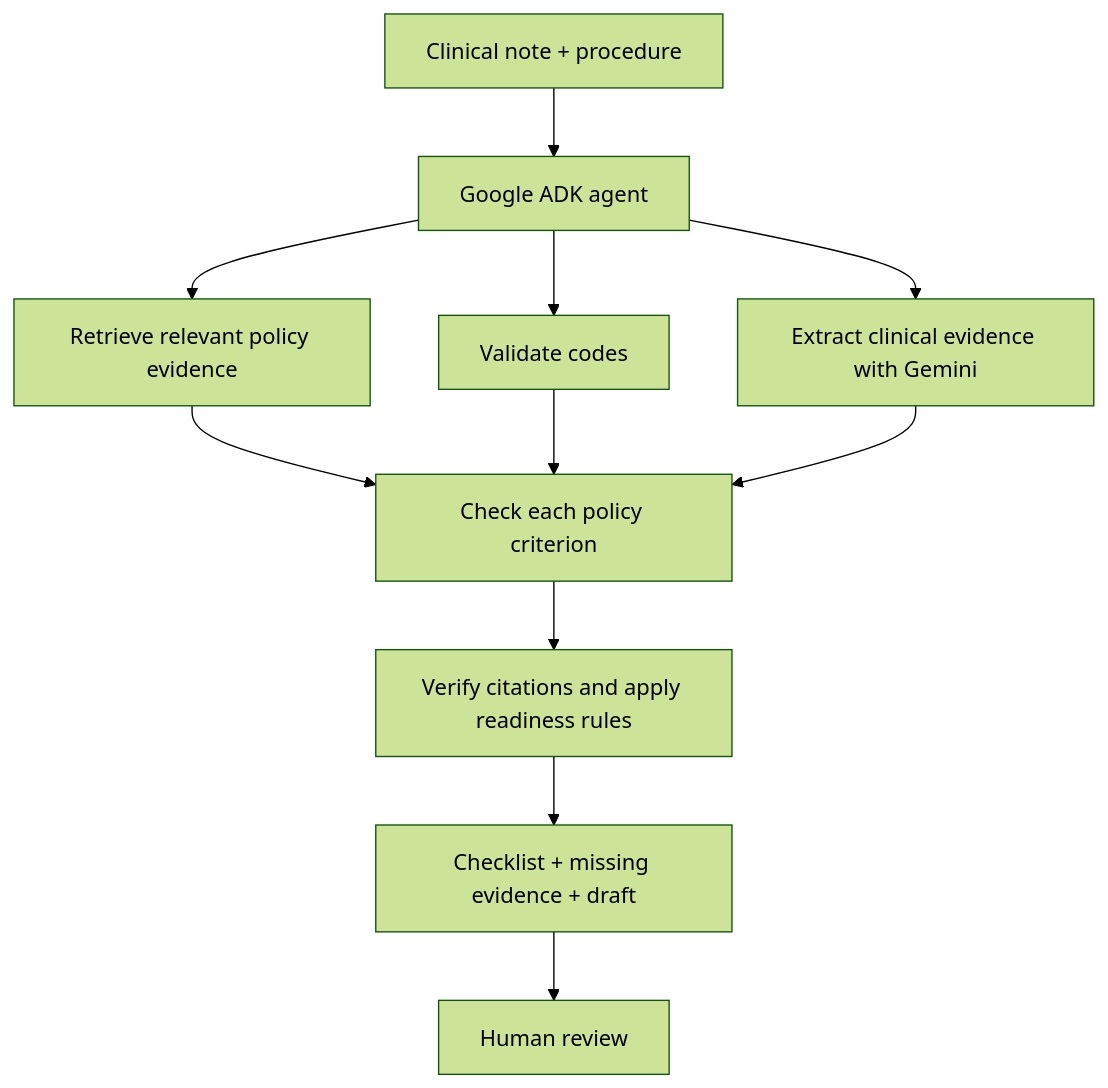
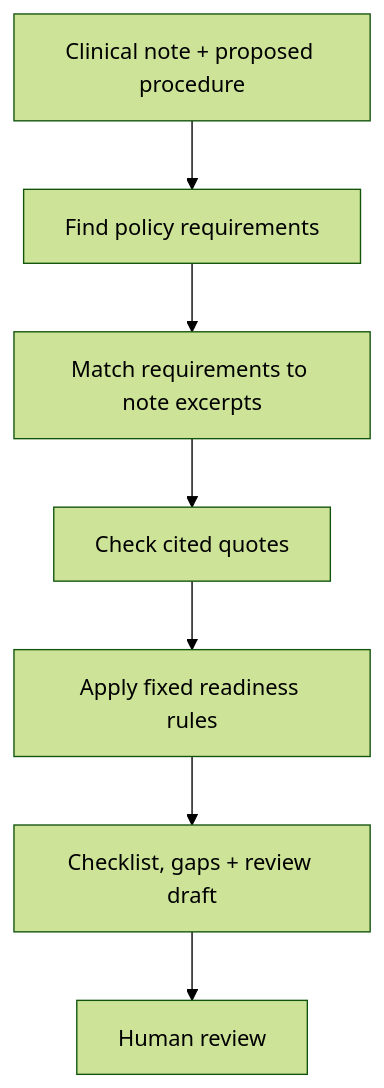
One commit to anumsagheer01/priorauth-agent changed the diagram in README.md. Above: the diagram before and after it, drawn with Mermaid (forest theme). The commit also changed other lines of this file, not shown here.

````diff
--- a/README.md
+++ b/README.md
@@ -21,13 +42,9 @@
 ```mermaid
 flowchart TD
-    A[Clinical note + procedure] --> B[Google ADK agent]
-    B --> C[Retrieve relevant policy evidence]
-    B --> D[Validate codes]
-    B --> E[Extract clinical evidence with Gemini]
-    C --> F[Check each policy criterion]
-    D --> F
-    E --> F
-    F --> G[Verify citations and apply readiness rules]
-    G --> H[Checklist + missing evidence + draft]
-    H --> I[Human review]
+    A[Clinical note + proposed procedure] --> B[Find policy requirements]
+    B --> C[Match requirements to note excerpts]
+    C --> D[Check cited quotes]
+    D --> E[Apply fixed readiness rules]
+    E --> F[Checklist, gaps + review draft]
+    F --> G[Human review]
 ```
````
